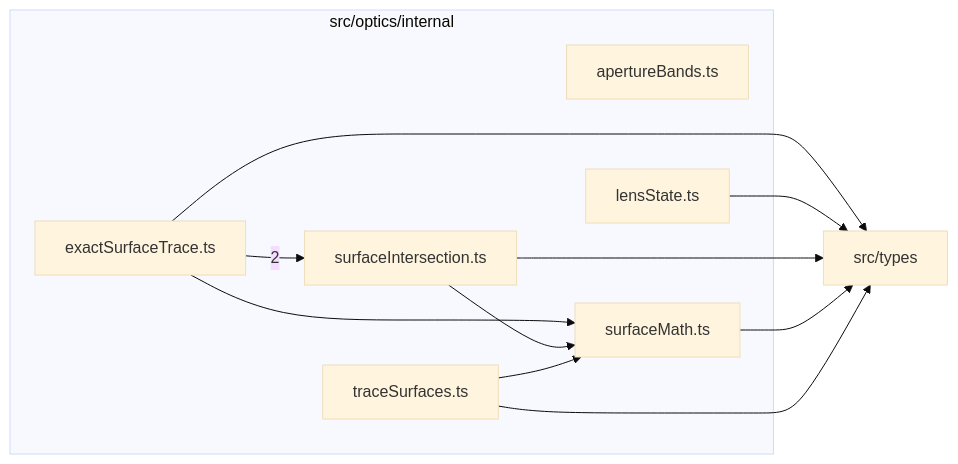
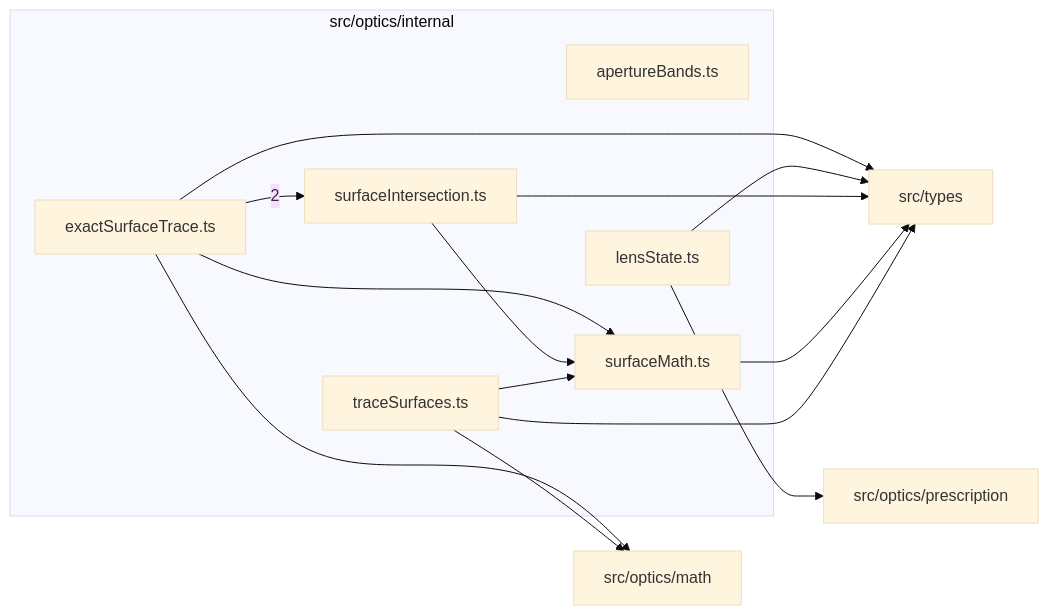
Before and after one commit to ronbuening/LensVisualizer: the diagram in src/optics/internal/readme.md, drawn with Mermaid (base theme). The commit also changed other lines of this file and 38 other files, not shown here.

````diff
--- a/src/optics/internal/readme.md
+++ b/src/optics/internal/readme.md
@@ -9,21 +9,26 @@
 ```mermaid
 flowchart LR
   subgraph n_src_optics_internal["src/optics/internal"]
     n_src_optics_internal_src_optics_internal_apertureBands_ts["apertureBands.ts"]
     n_src_optics_internal_src_optics_internal_exactSurfaceTrace_ts["exactSurfaceTrace.ts"]
     n_src_optics_internal_src_optics_internal_lensState_ts["lensState.ts"]
     n_src_optics_internal_src_optics_internal_surfaceIntersection_ts["surfaceIntersection.ts"]
     n_src_optics_internal_src_optics_internal_surfaceMath_ts["surfaceMath.ts"]
     n_src_optics_internal_src_optics_internal_traceSurfaces_ts["traceSurfaces.ts"]
   end
+  n_external_src_optics_math["src/optics/math"]
+  n_external_src_optics_prescription["src/optics/prescription"]
   n_external_src_types["src/types"]
   n_src_optics_internal_src_optics_internal_exactSurfaceTrace_ts --> |2| n_src_optics_internal_src_optics_internal_surfaceIntersection_ts
+  n_src_optics_internal_src_optics_internal_exactSurfaceTrace_ts --> n_external_src_optics_math
+  n_src_optics_internal_src_optics_internal_traceSurfaces_ts --> n_external_src_optics_math
+  n_src_optics_internal_src_optics_internal_lensState_ts --> n_external_src_optics_prescription
   n_src_optics_internal_src_optics_internal_exactSurfaceTrace_ts --> n_external_src_types
   n_src_optics_internal_src_optics_internal_lensState_ts --> n_external_src_types
   n_src_optics_internal_src_optics_internal_surfaceIntersection_ts --> n_external_src_types
   n_src_optics_internal_src_optics_internal_surfaceMath_ts --> n_external_src_types
   n_src_optics_internal_src_optics_internal_traceSurfaces_ts --> n_external_src_types
   n_src_optics_internal_src_optics_internal_exactSurfaceTrace_ts --> n_src_optics_internal_src_optics_internal_surfaceMath_ts
   n_src_optics_internal_src_optics_internal_surfaceIntersection_ts --> n_src_optics_internal_src_optics_internal_surfaceMath_ts
   n_src_optics_internal_src_optics_internal_traceSurfaces_ts --> n_src_optics_internal_src_optics_internal_surfaceMath_ts
 ```
````
